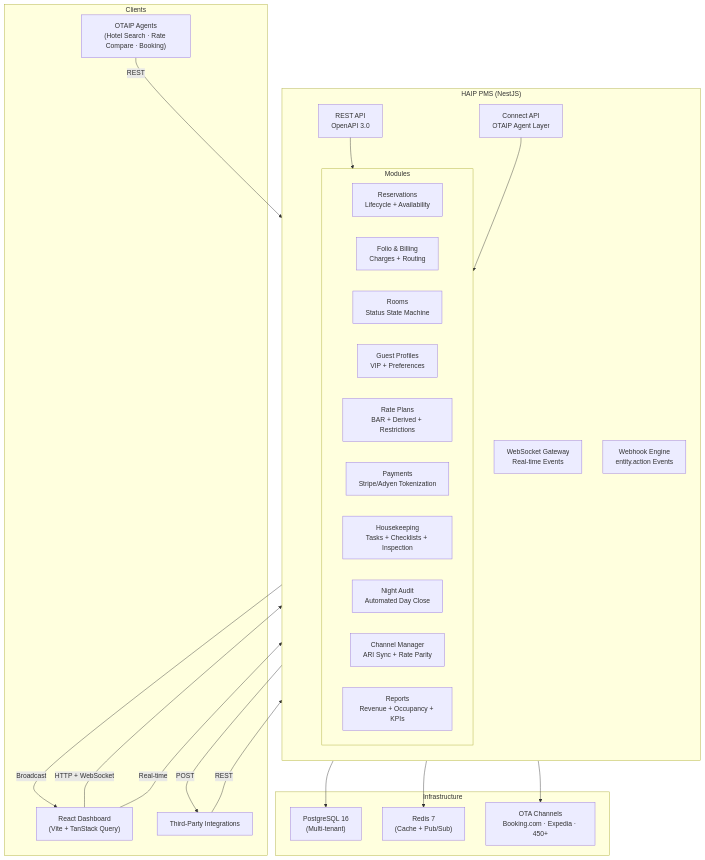
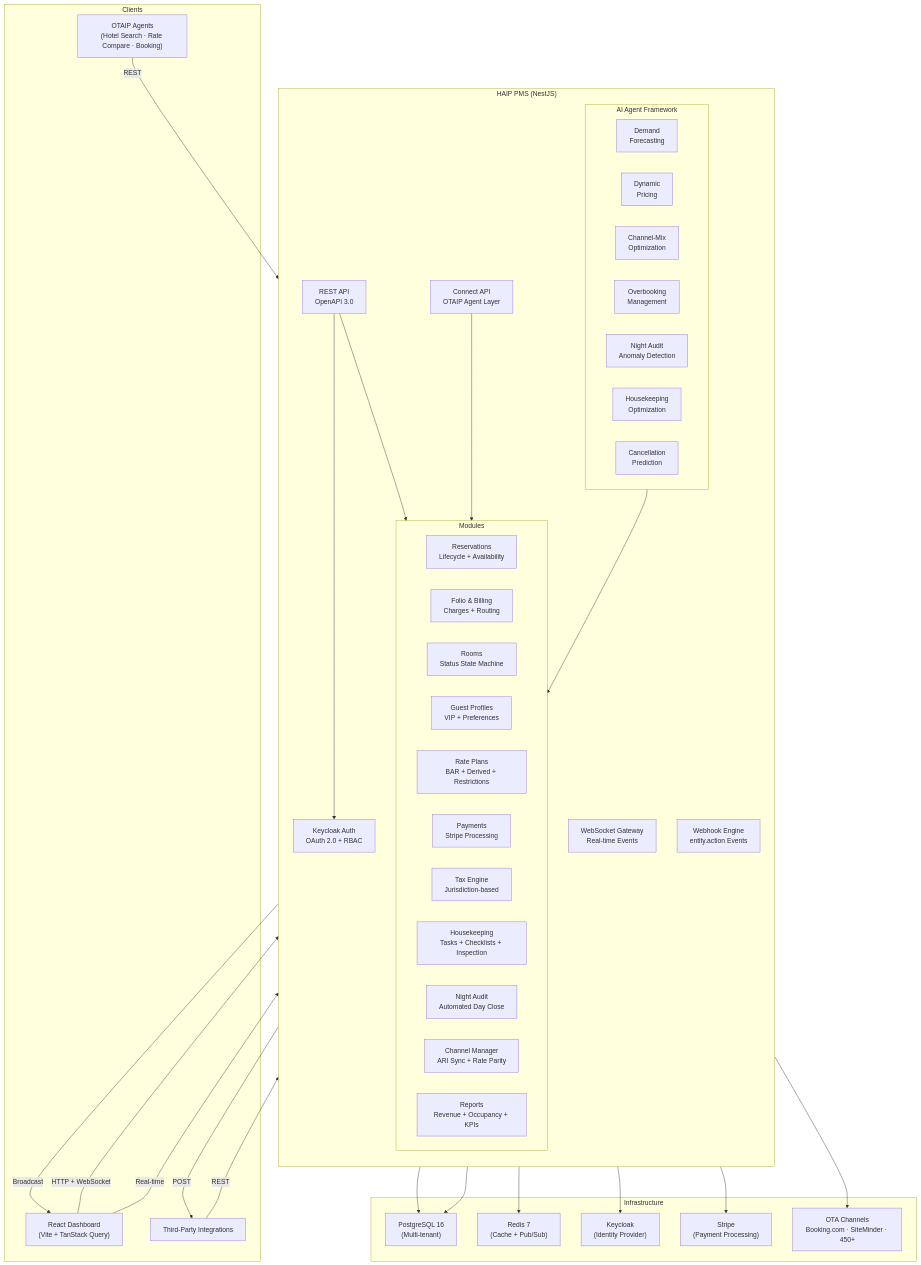
One commit to telivity-otaip/haip changed the diagram in README.md. Above: the diagram before and after it, drawn with Mermaid. The commit also changed other lines of this file and 19 other files, not shown here.

````diff
--- a/README.md
+++ b/README.md
@@ -49,50 +51,70 @@
 ```mermaid
 graph TB
     subgraph Clients
         Dashboard["React Dashboard<br/>(Vite + TanStack Query)"]
         OTAIP["OTAIP Agents<br/>(Hotel Search · Rate Compare · Booking)"]
         ThirdParty["Third-Party Integrations"]
     end
 
     subgraph HAIP["HAIP PMS (NestJS)"]
         direction TB
         REST["REST API<br/>OpenAPI 3.0"]
         WS["WebSocket Gateway<br/>Real-time Events"]
         Connect["Connect API<br/>OTAIP Agent Layer"]
+        Auth["Keycloak Auth<br/>OAuth 2.0 + RBAC"]
 
         subgraph Modules
             direction LR
             Reservation["Reservations<br/>Lifecycle + Availability"]
             Folio["Folio & Billing<br/>Charges + Routing"]
             Room["Rooms<br/>Status State Machine"]
             Guest["Guest Profiles<br/>VIP + Preferences"]
             RatePlan["Rate Plans<br/>BAR + Derived + Restrictions"]
-            Payment["Payments<br/>Stripe/Adyen Tokenization"]
+            Payment["Payments<br/>Stripe Processing"]
+            Tax["Tax Engine<br/>Jurisdiction-based"]
             HK["Housekeeping<br/>Tasks + Checklists + Inspection"]
             NA["Night Audit<br/>Automated Day Close"]
             Channel["Channel Manager<br/>ARI Sync + Rate Parity"]
             Reports["Reports<br/>Revenue + Occupancy + KPIs"]
+        end
+
+        subgraph AI["AI Agent Framework"]
+            direction LR
+            DemandAgent["Demand<br/>Forecasting"]
+            PricingAgent["Dynamic<br/>Pricing"]
+            ChannelMix["Channel-Mix<br/>Optimization"]
+            Overbooking["Overbooking<br/>Management"]
+            AuditAnomaly["Night Audit<br/>Anomaly Detection"]
+            HKOptimizer["Housekeeping<br/>Optimization"]
+            CancelPredict["Cancellation<br/>Prediction"]
         end
 
         Webhook["Webhook Engine<br/>entity.action Events"]
     end
 
     subgraph Infrastructure
         PG["PostgreSQL 16<br/>(Multi-tenant)"]
         Redis["Redis 7<br/>(Cache + Pub/Sub)"]
-        OTAs["OTA Channels<br/>Booking.com · Expedia · 450+"]
+        Keycloak["Keycloak<br/>(Identity Provider)"]
+        Stripe["Stripe<br/>(Payment Processing)"]
+        OTAs["OTA Channels<br/>Booking.com · SiteMinder · 450+"]
     end
 
     Dashboard -->|HTTP + WebSocket| REST
     Dashboard -->|Real-time| WS
     OTAIP -->|REST| Connect
     ThirdParty -->|REST| REST
 
+    Auth --> Keycloak
+    REST --> Auth
     REST --> Modules
     Connect --> Modules
     Modules --> PG
     Modules --> Redis
+    AI --> PG
+    AI --> Modules
     Channel --> OTAs
+    Payment --> Stripe
     Webhook -->|POST| ThirdParty
     WS -->|Broadcast| Dashboard
 ```
````
